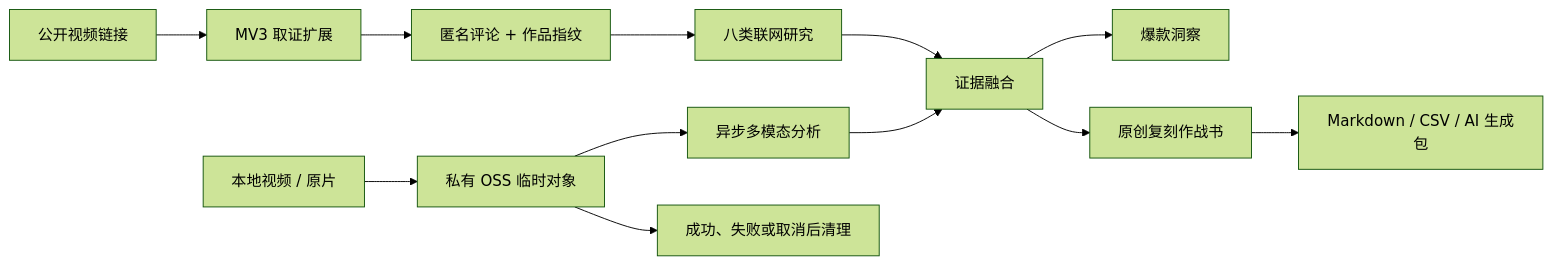
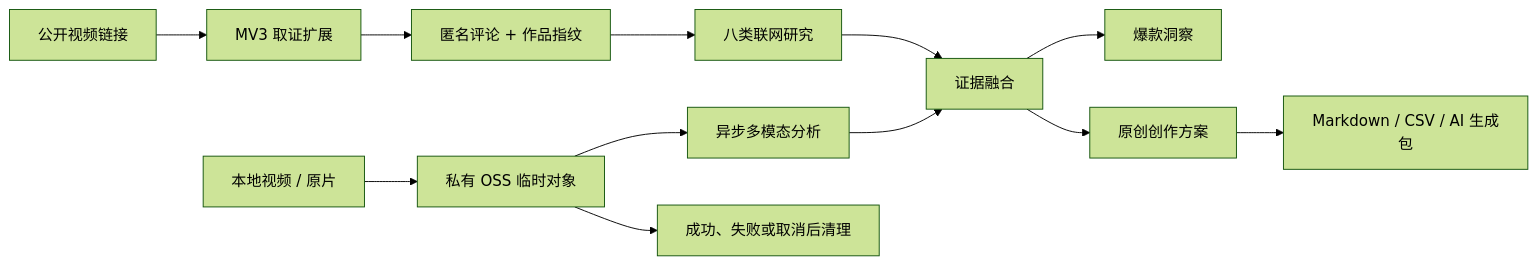
Before and after one commit to lixiangjiao728-pixel/shotprint: the diagram in README.md, drawn with Mermaid (forest theme). The commit also changed other lines of this file and 15 other files, not shown here.

````diff
--- a/README.md
+++ b/README.md
@@ -58,14 +58,14 @@
 ```mermaid
 flowchart LR
   L["公开视频链接"] --> E["MV3 取证扩展"]
   E --> C["匿名评论 + 作品指纹"]
   C --> R["八类联网研究"]
   V["本地视频 / 原片"] --> O["私有 OSS 临时对象"]
   O --> A["异步多模态分析"]
   R --> F["证据融合"]
   A --> F
   F --> I["爆款洞察"]
-  F --> P["原创复刻作战书"]
+  F --> P["原创创作方案"]
   P --> X["Markdown / CSV / AI 生成包"]
   O --> D["成功、失败或取消后清理"]
 ```
````
